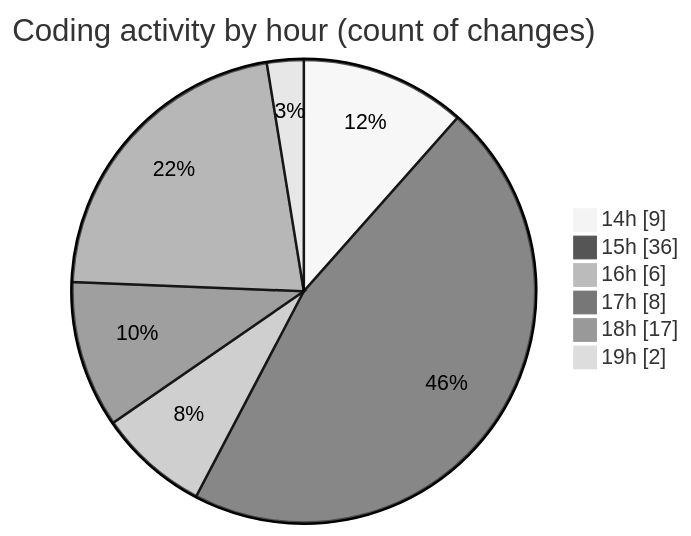
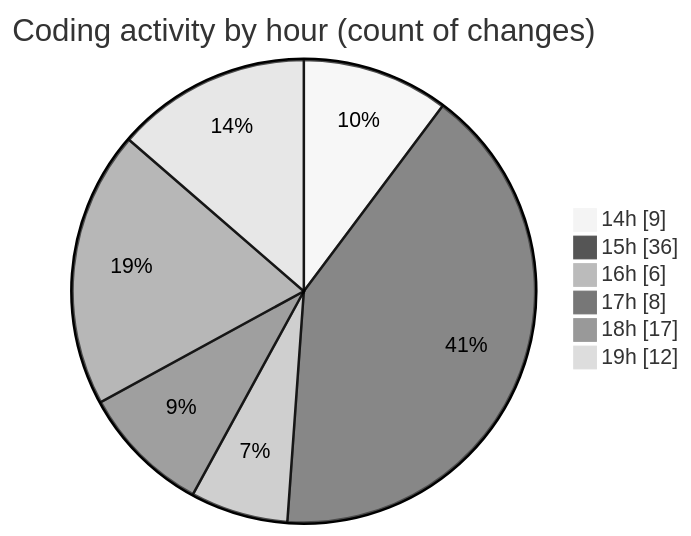
One commit to Ritupan-Deka/code-tracking changed the second of 2 diagrams in 2025-06-17/projects/README.md. Above: the diagram before and after it, drawn with Mermaid (neutral theme). The commit also changed other lines of this file and 1 other file, not shown here.

````diff
--- a/2025-06-17/projects/README.md
+++ b/2025-06-17/projects/README.md
@@ -29,10 +29,10 @@
 ```mermaid
 pie showData
 title Coding activity by hour (count of changes)
 "14h" : 9
 "15h" : 36
 "16h" : 6
 "17h" : 8
 "18h" : 17
-"19h" : 2
+"19h" : 12
 ```
````
